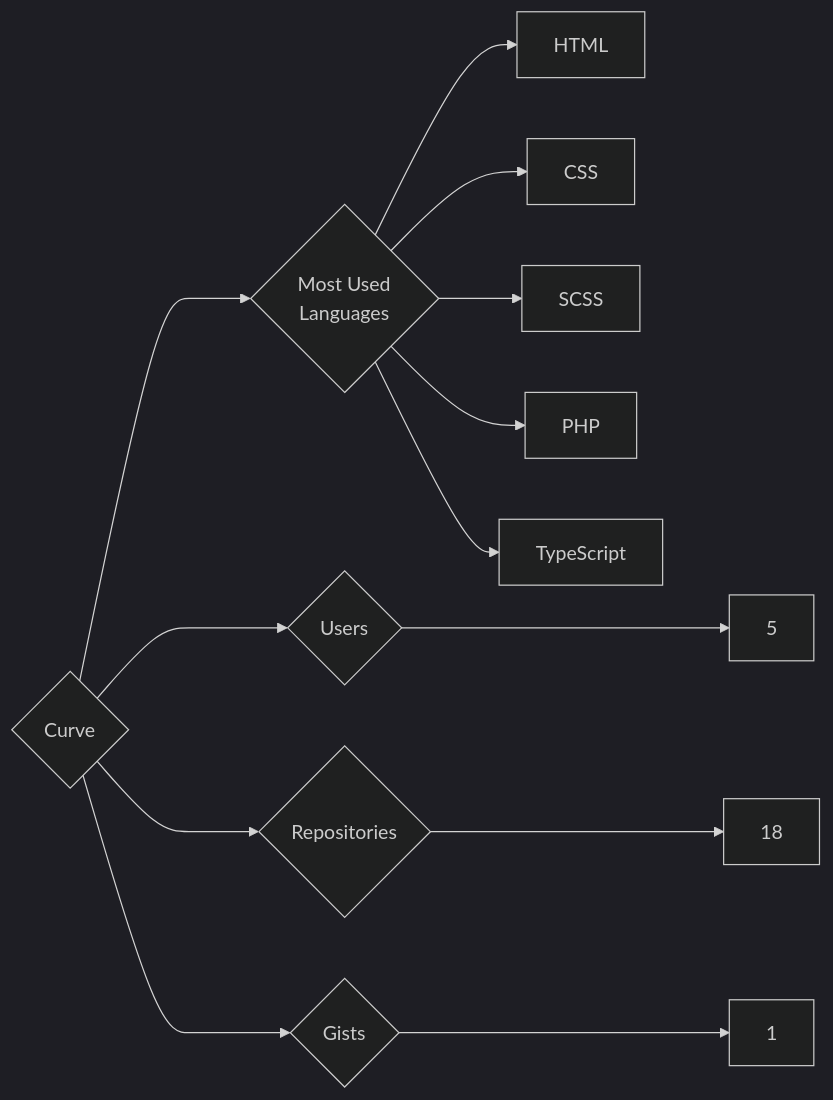
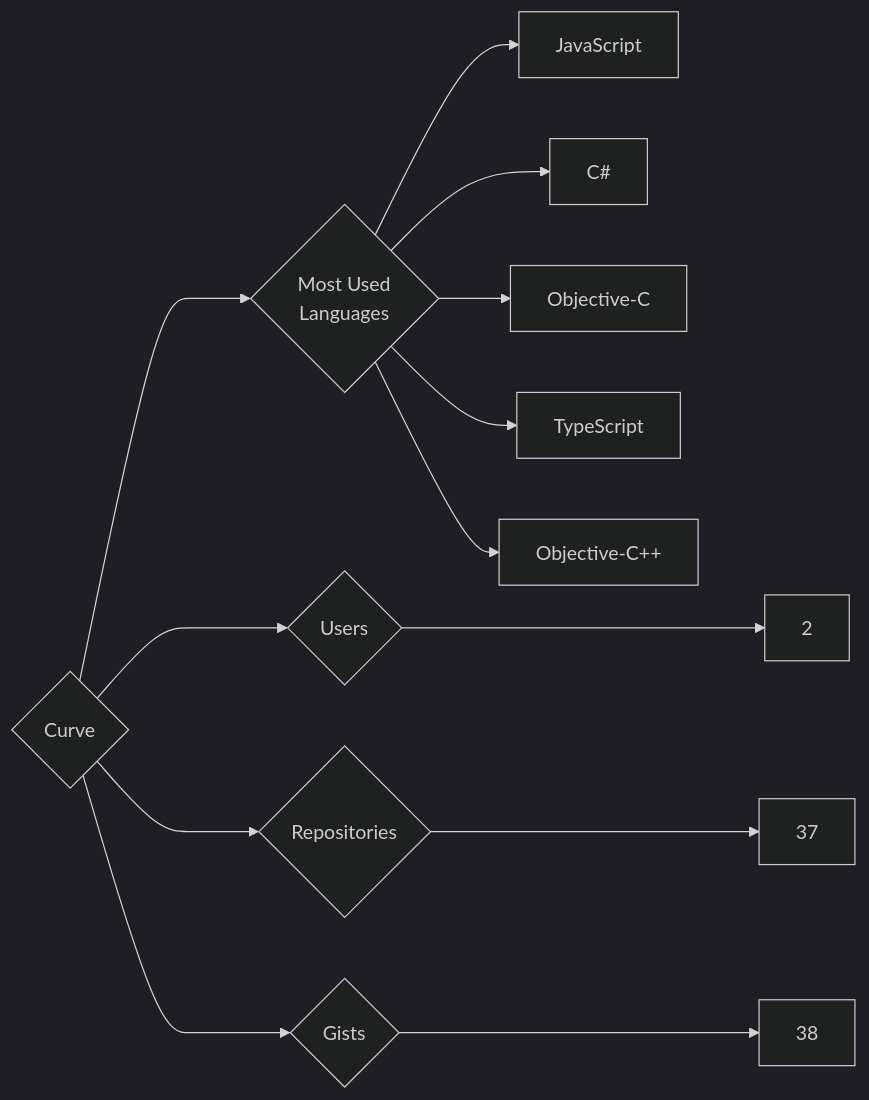
One commit to trickest/insiders changed the diagram in targets/Curve/README.md. Above: the diagram before and after it, drawn with Mermaid (dark theme). The commit also changed 618 other files, not shown here.

````diff
--- a/targets/Curve/README.md
+++ b/targets/Curve/README.md
@@ -3,13 +3,13 @@
 ```mermaid
 graph LR
 COMPANY_NAME{Curve}
-COMPANY_NAME ---> U{Users} ---> UN[5]
-COMPANY_NAME ---> R{Repositories} ---> RN[18]
-COMPANY_NAME ---> G{Gists} ---> GN[1]
+COMPANY_NAME ---> U{Users} ---> UN[2]
+COMPANY_NAME ---> R{Repositories} ---> RN[37]
+COMPANY_NAME ---> G{Gists} ---> GN[38]
 COMPANY_NAME ---> ML{Most Used<br>Languages}
-ML --> HTML[HTML]
-ML --> CSS[CSS]
-ML --> SCSS[SCSS]
-ML --> PHP[PHP]
+ML --> JavaScript[JavaScript]
+ML --> C#[C#]
+ML --> Objective-C[Objective-C]
 ML --> TypeScript[TypeScript]
+ML --> Objective-C++[Objective-C++]
 ```
````
